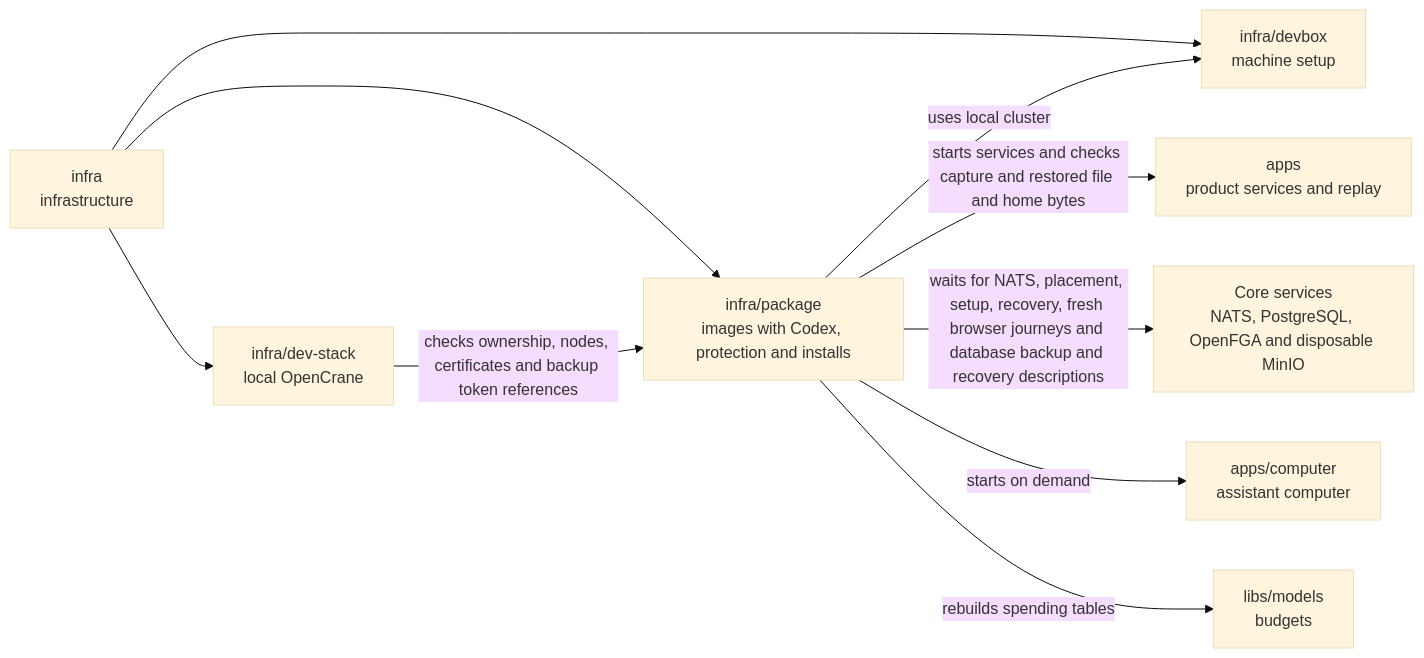
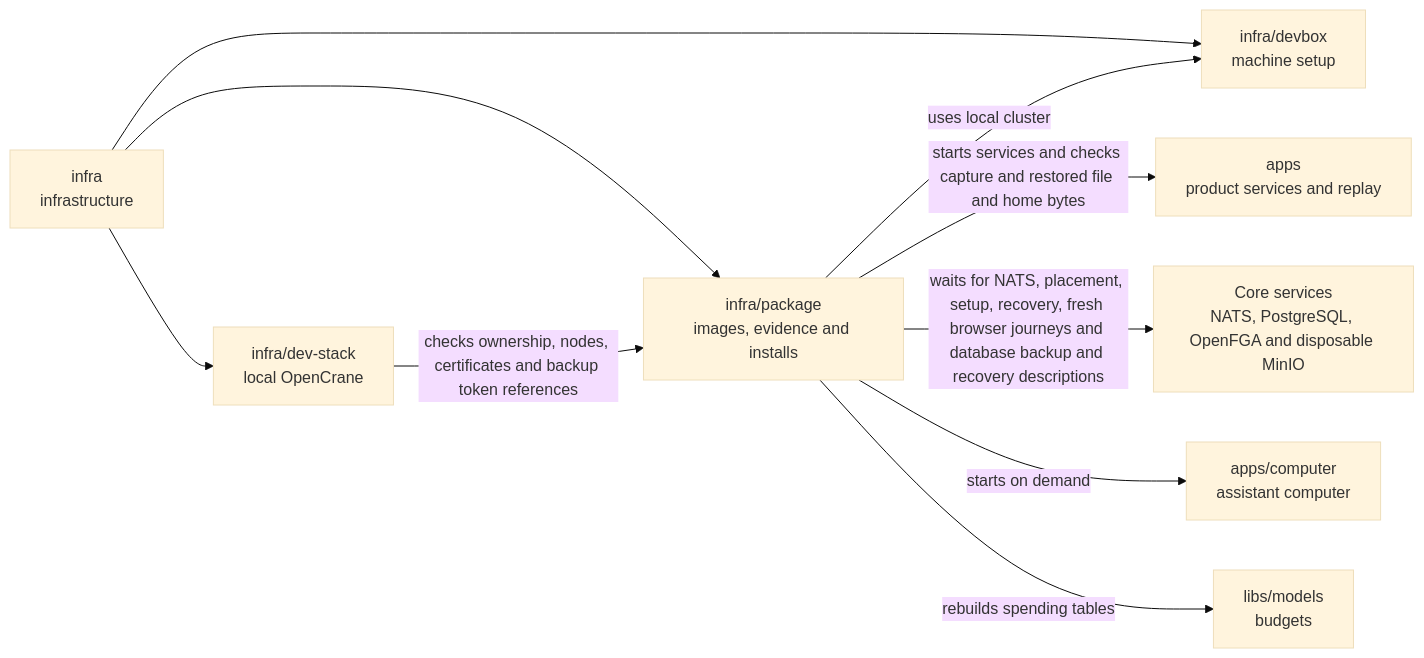
One commit to elewa-git/opencrane-new changed the diagram in infra/package/README.md. Above: the diagram before and after it, drawn with Mermaid (base theme). The commit also changed other lines of this file and 7 other files, not shown here.

````diff
--- a/infra/package/README.md
+++ b/infra/package/README.md
@@ -19,12 +19,12 @@
 ```mermaid
 flowchart LR
-  infra["infra<br/>infrastructure"] --> package["infra/package<br/>images with Codex, protection and installs"]
+  infra["infra<br/>infrastructure"] --> package["infra/package<br/>images, evidence and installs"]
   infra --> stack["infra/dev-stack<br/>local OpenCrane"]
   infra --> devbox["infra/devbox<br/>machine setup"]
   stack -->|checks ownership, nodes, certificates and backup token references| package
   package -->|uses local cluster| devbox
   package -->|starts services and checks capture and restored file and home bytes| apps["apps<br/>product services and replay"]
   package -->|waits for NATS, placement, setup, recovery, fresh browser journeys and database backup and recovery descriptions| services["Core services<br/>NATS, PostgreSQL, OpenFGA and disposable MinIO"]
   package -->|starts on demand| computer["apps/computer<br/>assistant computer"]
   package -->|rebuilds spending tables| models["libs/models<br/>budgets"]
 ```
````
